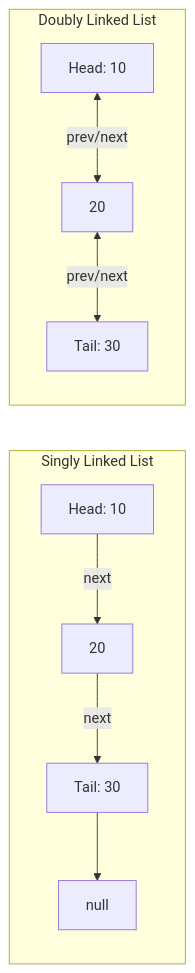
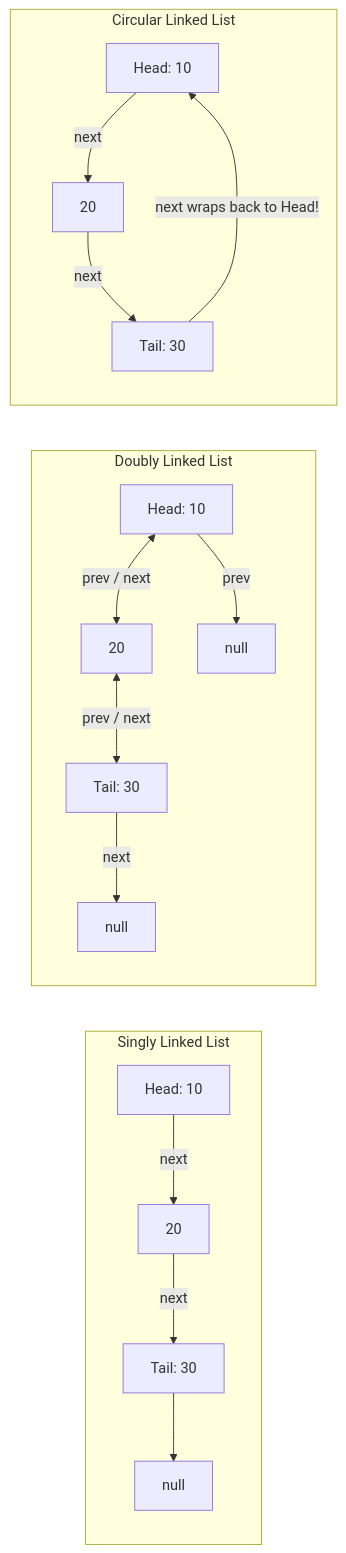
The first of 3 diagrams in js-dsa/07-linked-lists.md (Amie-dev/engineering-playbook), drawn with Mermaid before and after one commit. The commit also changed other lines of this file and 24 other files, not shown here.

````diff
--- a/js-dsa/07-linked-lists.md
+++ b/js-dsa/07-linked-lists.md
@@ -10,10 +13,17 @@
 ```mermaid
 graph LR
     subgraph Singly Linked List
-        Head1[Head: 10] -->|next| Node2[20] -->|next| Tail1[Tail: 30] --> Null1[null]
+        Head1[Head: 10] -->|next| NodeA2[20] -->|next| Tail1[Tail: 30] --> Null1[null]
     end
 
     subgraph Doubly Linked List
-        Head2[Head: 10] <-->|prev/next| NodeB[20] <-->|prev/next| Tail2[Tail: 30]
+        Head2[Head: 10] <-->|prev / next| NodeB2[20] <-->|prev / next| Tail2[Tail: 30]
+        Head2 -->|prev| NullD1[null]
+        Tail2 -->|next| NullD2[null]
+    end
+
+    subgraph Circular Linked List
+        Head3[Head: 10] -->|next| NodeC2[20] -->|next| Tail3[Tail: 30]
+        Tail3 -->|next wraps back to Head!| Head3
     end
 ```
````
